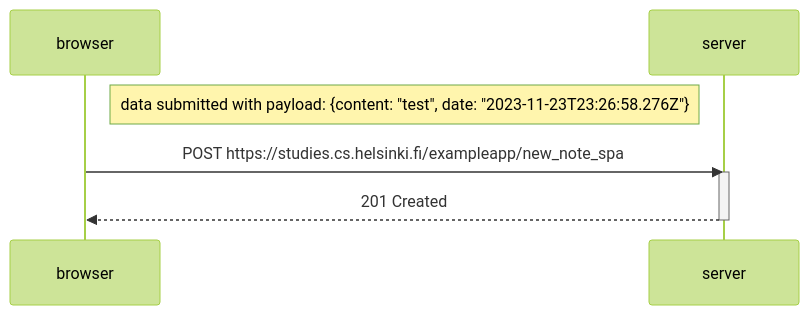
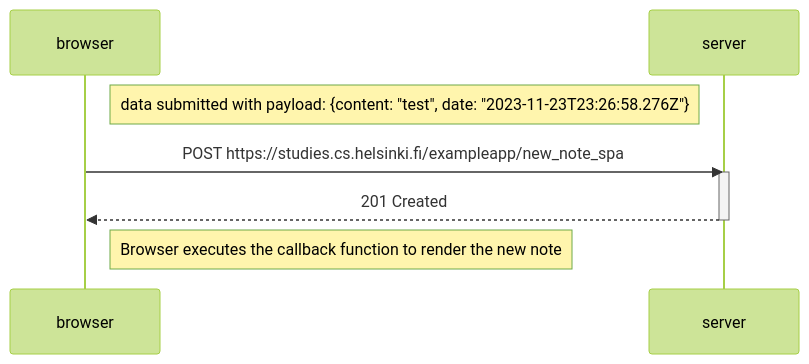
The diagram in part0/0.6_new_note_in_single_page_app_diagram.md (ismailvohra/fullstackopen), drawn with Mermaid (forest theme) before and after one commit.

````diff
--- a/part0/0.6_new_note_in_single_page_app_diagram.md
+++ b/part0/0.6_new_note_in_single_page_app_diagram.md
@@ -1,14 +1,16 @@
 ```mermaid
 sequenceDiagram
     participant browser
     participant server
 
     Note right of browser: data submitted with payload: {content: "test", date: "2023-11-23T23:26:58.276Z"}
 
 
     browser->>server: POST https://studies.cs.helsinki.fi/exampleapp/new_note_spa
     activate server
     server-->>browser: 201 Created
     deactivate server
 
+    Note right of browser: Browser executes the callback function to render the new note
+
 ```
````
